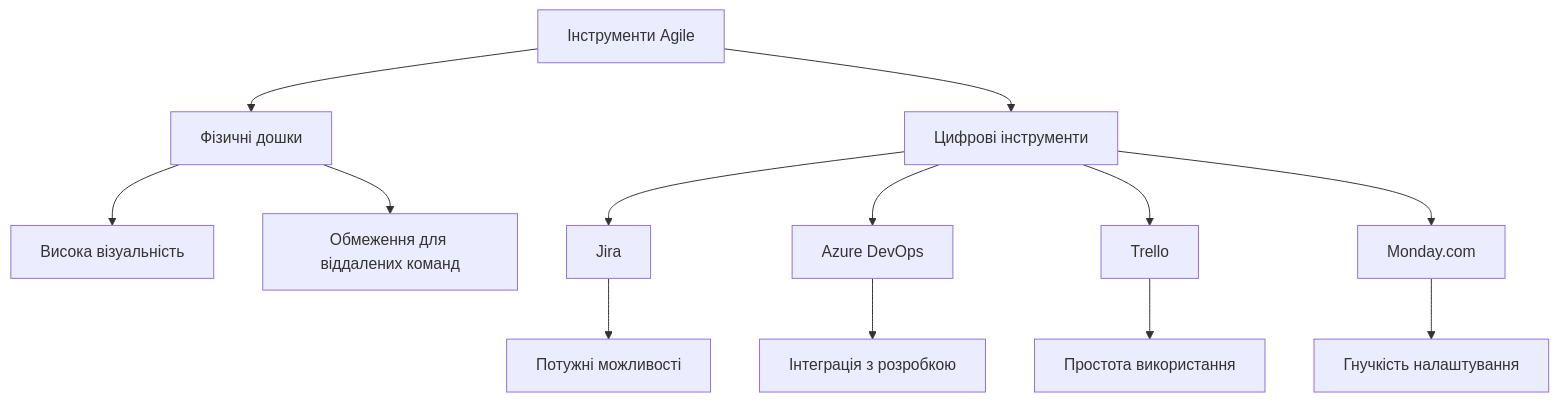
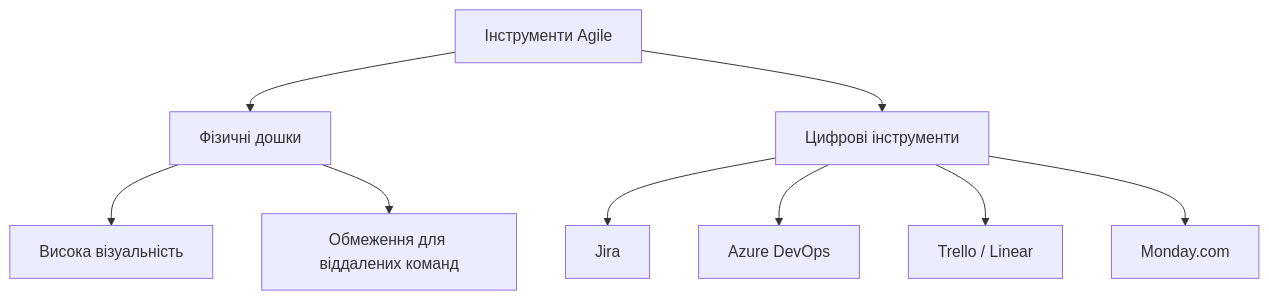
One commit to olroi421/course-opi-v2 changed the eighth of 9 diagrams in lectures/lecture-06.md. Above: the diagram before and after it, drawn with Mermaid. The commit also changed other lines of this file and 6 other files, not shown here.

````diff
--- a/lectures/lecture-06.md
+++ b/lectures/lecture-06.md
@@ -281,18 +261,13 @@
 ```mermaid
 graph TD
     A[Інструменти Agile] --> B[Фізичні дошки]
     A --> C[Цифрові інструменти]
 
     B --> D[Висока візуальність]
     B --> E[Обмеження для віддалених команд]
 
     C --> F[Jira]
     C --> G[Azure DevOps]
-    C --> H[Trello]
+    C --> H[Trello / Linear]
     C --> I[Monday.com]
-
-    F --> J[Потужні можливості]
-    G --> K[Інтеграція з розробкою]
-    H --> L[Простота використання]
-    I --> M[Гнучкість налаштування]
 ```
````
